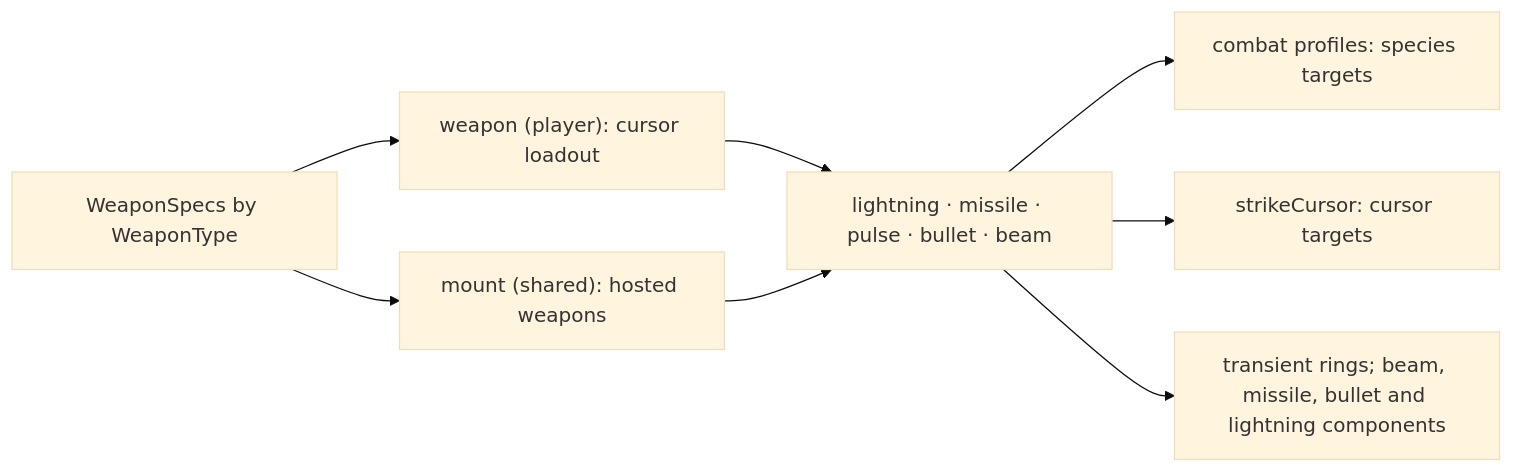
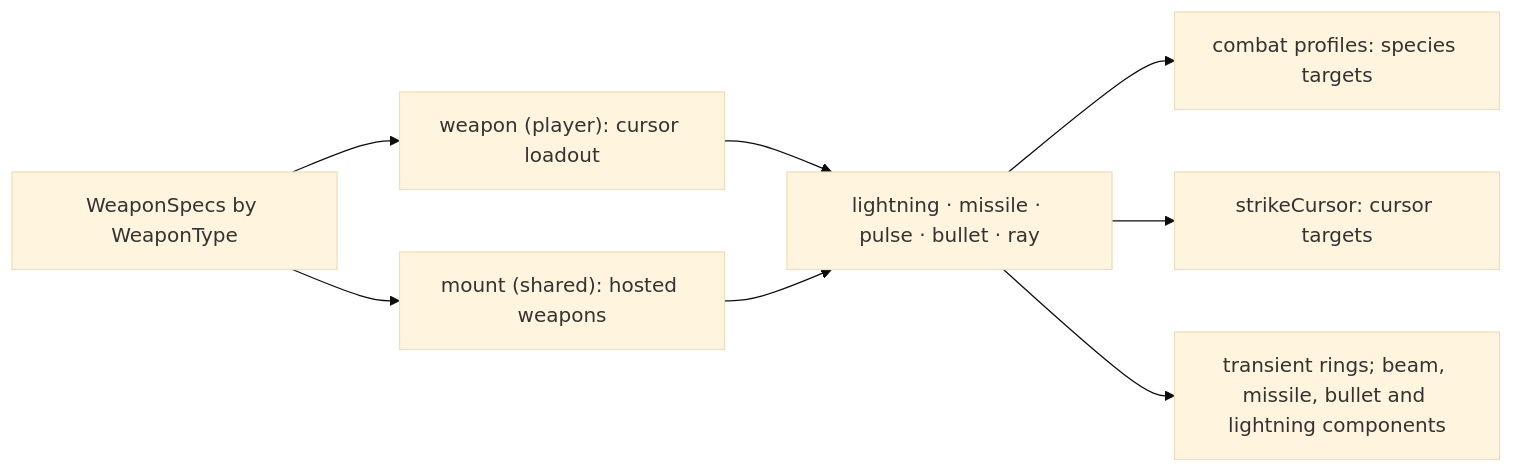
One commit to lixenwraith/vif changed the diagram in doc/combat.md. Above: the diagram before and after it, drawn with Mermaid (base theme). The commit also changed other lines of this file and 9 other files, not shown here.

Commit message:
Name the emitter's attack and delivery Ray

````diff
--- a/doc/combat.md
+++ b/doc/combat.md
@@ -29,10 +29,10 @@
 ```mermaid
 flowchart LR
     Spec["WeaponSpecs by WeaponType"] --> Weapon["weapon (player): cursor loadout"]
     Spec --> Mount["mount (shared): hosted weapons"]
-    Weapon --> Delivery["lightning · missile · pulse · bullet · beam"]
+    Weapon --> Delivery["lightning · missile · pulse · bullet · ray"]
     Mount --> Delivery
     Delivery --> Combat["combat profiles: species targets"]
     Delivery --> Strike["strikeCursor: cursor targets"]
     Delivery --> Presented["transient rings; beam, missile, bullet and lightning components"]
 ```
````
